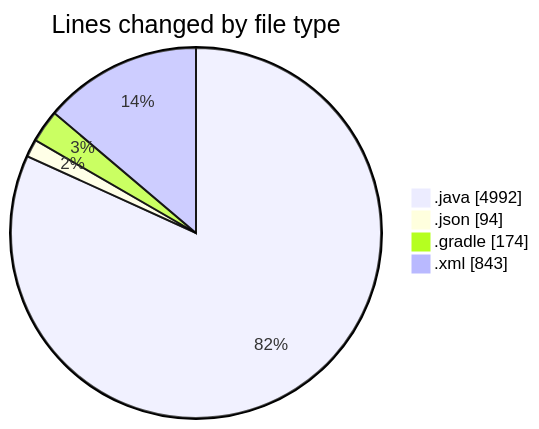
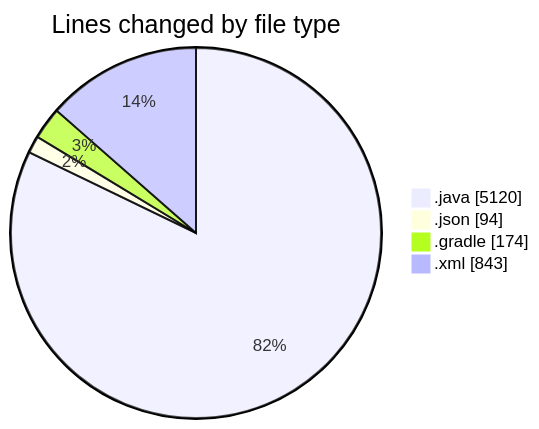
The first of 2 diagrams in 2025-02-22/micros/README.md (charlie-sans/code-tracking), drawn with Mermaid before and after one commit. The commit also changed other lines of this file and 1 other file, not shown here.

````diff
--- a/2025-02-22/micros/README.md
+++ b/2025-02-22/micros/README.md
@@ -61,8 +61,8 @@
 ```mermaid
 pie showData
 title Lines changed by file type
-".java" : 4992
+".java" : 5120
 ".json" : 94
 ".gradle" : 174
 ".xml" : 843
 ```
````
